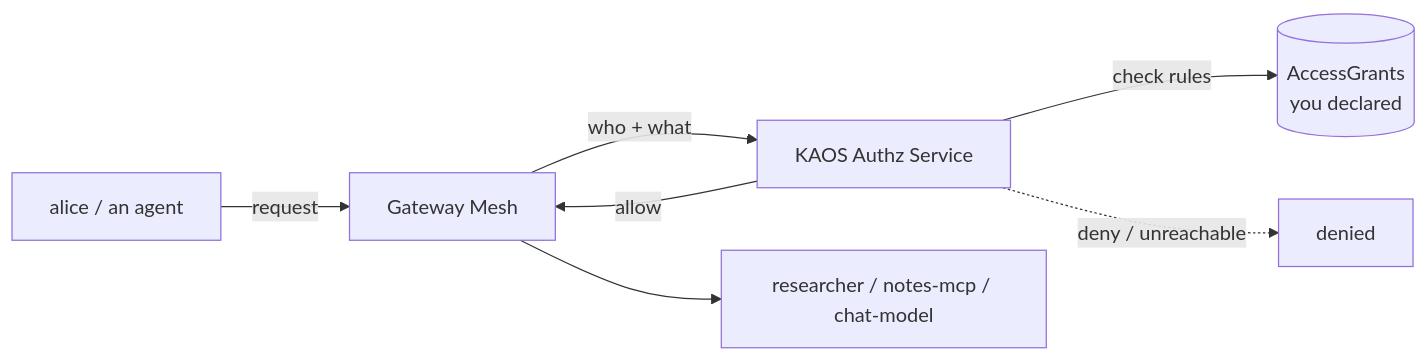
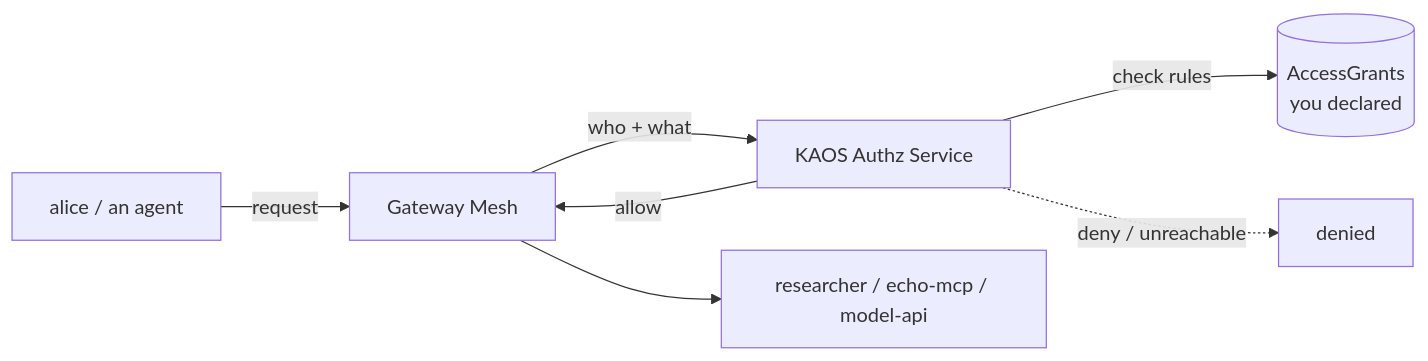
The tenth of 12 diagrams in docs/examples/authorization-draft.md (axsaucedo/kaos), drawn with Mermaid before and after one commit. The commit also changed other lines of this file and 4 other files, not shown here.

Commit message:
feat(samples): replace access-grant sample with authorization walkthrough (echo-mcp, autobot, model-api)

````diff
--- a/docs/examples/authorization-draft.md
+++ b/docs/examples/authorization-draft.md
@@ -776,9 +776,9 @@
 ```mermaid
 flowchart LR
   P["alice / an agent"] -->|"request"| GW["Gateway Mesh"]
   GW -->|"who + what"| AZ["KAOS Authz Service"]
   AZ -->|"check rules"| GRANTS[("AccessGrants<br/>you declared")]
   AZ -->|"allow"| GW
-  GW --> DEST["researcher / notes-mcp / chat-model"]
+  GW --> DEST["researcher / echo-mcp / model-api"]
   AZ -.->|"deny / unreachable"| STOP["denied"]
 ```
````
